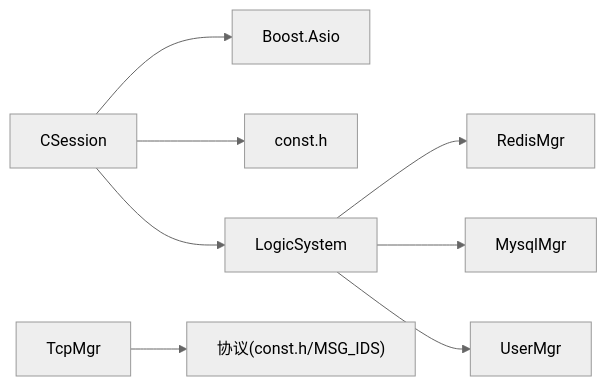
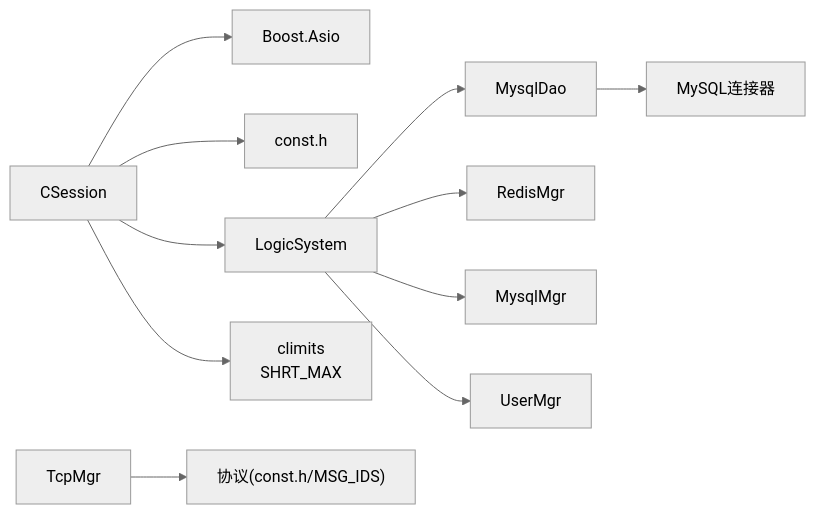
Before and after one commit to echo9923/mychatter: the eighth of 8 diagrams in .qoder/repowiki/zh/content/服务端开发/ChatServer聊天核心服务/会话管理/消息处理机制.md, drawn with Mermaid (neutral theme). The commit also changed other lines of this file and 54 other files, not shown here.

````diff
--- a/.qoder/repowiki/zh/content/服务端开发/ChatServer聊天核心服务/会话管理/消息处理机制.md
+++ b/.qoder/repowiki/zh/content/服务端开发/ChatServer聊天核心服务/会话管理/消息处理机制.md
@@ -292,10 +450,13 @@
 ```mermaid
 graph LR
 CSession --> Asio["Boost.Asio"]
 CSession --> Const["const.h"]
 CSession --> Logic["LogicSystem"]
+CSession --> Climits["climits<br/>SHRT_MAX"]
+Logic --> MysqlDao["MysqlDao"]
 Logic --> Redis["RedisMgr"]
 Logic --> MySQL["MysqlMgr"]
 Logic --> UserMgr["UserMgr"]
+MysqlDao --> MySQLConn["MySQL连接器"]
 TcpMgr --> Protocol["协议(const.h/MSG_IDS)"]
 ```
````
